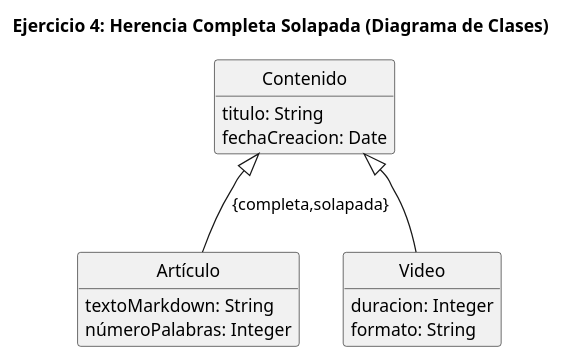
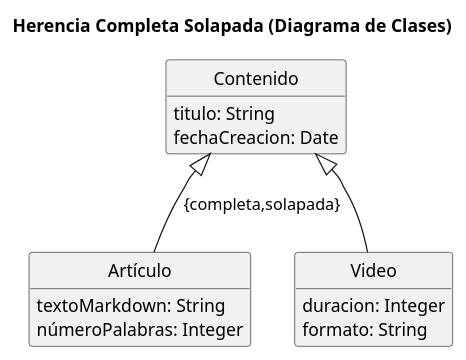
One commit to IISSI-US/web changed the sixth of 9 diagrams in _diagrams/mc2mr/diagramas.puml. Above: the diagram before and after it, drawn with PlantUML. The commit also changed other lines of this file and 59 other files, not shown here.

```diff
--- a/_diagrams/mc2mr/diagramas.puml
+++ b/_diagrams/mc2mr/diagramas.puml
@@ -88,25 +147,24 @@
-@startuml ejercicio-04-herencia-completa-solapada-clases
-title Ejercicio 4: Herencia Completa Solapada (Diagrama de Clases)
+@startuml herencia-completa-solapada-clases
+title Herencia Completa Solapada (Diagrama de Clases)
 
 hide empty members
 hide circle
 
 class Contenido {
   titulo: String
   fechaCreacion: Date
 }
 
 class Artículo {
   textoMarkdown: String
   númeroPalabras: Integer
 }
 
 class Video {
   duracion: Integer
   formato: String
 }
 
 Contenido <|-- Artículo :{completa,solapada}
 Contenido <|-- Video
-
 @enduml
```
